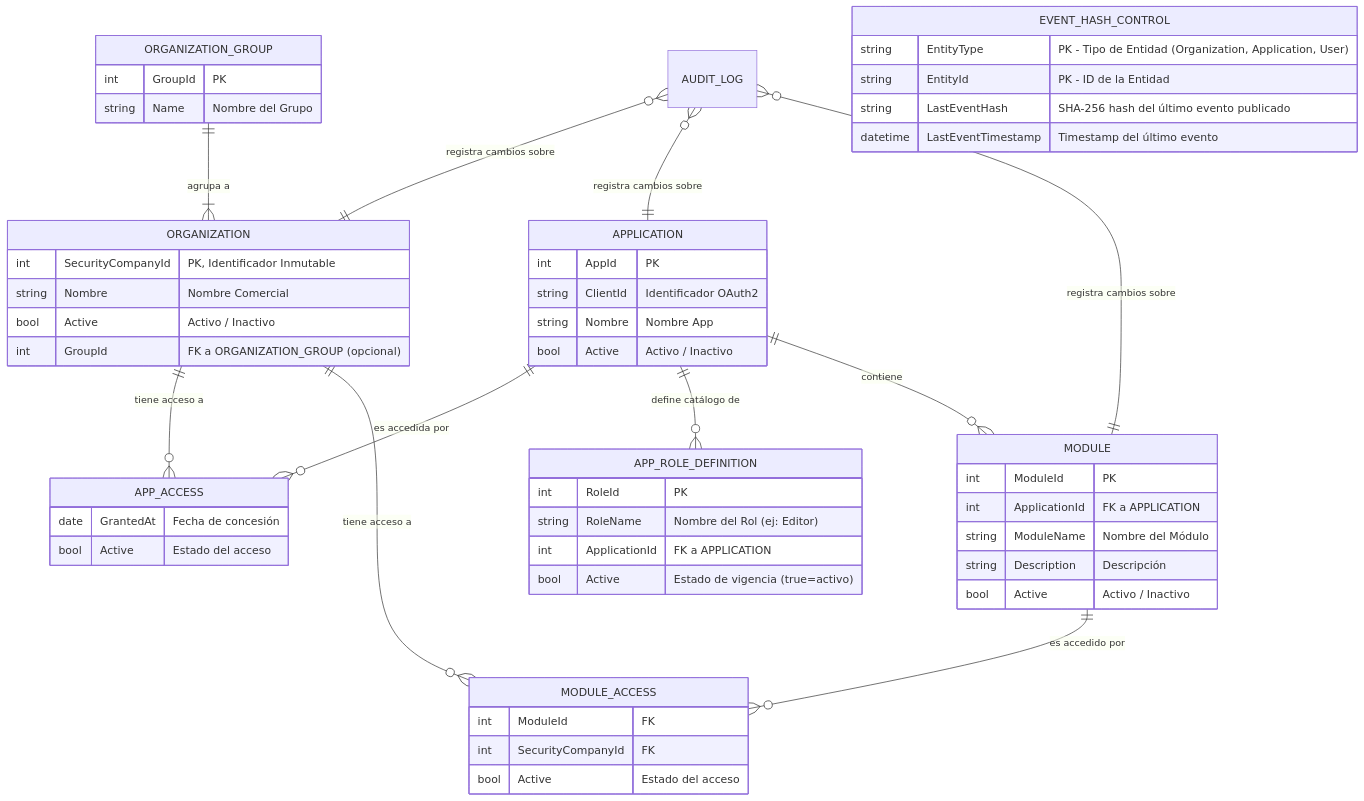
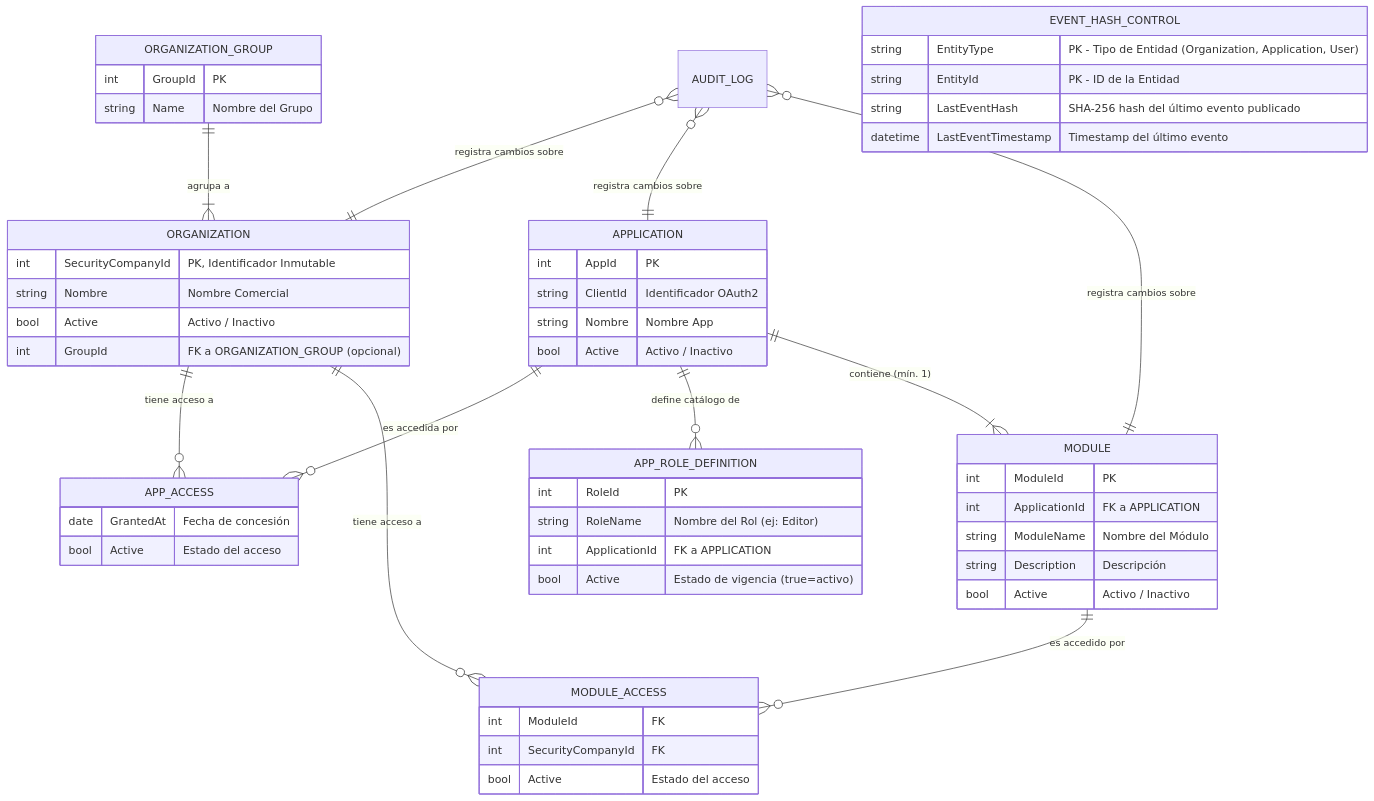
One commit to malbert-infoport/AI4Devs changed the sixth of 7 diagrams in 01-Descripción general del Producto.md. Above: the diagram before and after it, drawn with Mermaid. The commit also changed other lines of this file, not shown here.

````diff
--- a/01-Descripción general del Producto.md
+++ b/01-Descripción general del Producto.md
@@ -560,66 +562,66 @@
 ```mermaid
 erDiagram
     ORGANIZATION_GROUP ||--|{ ORGANIZATION : "agrupa a"
     ORGANIZATION ||--o{ APP_ACCESS : "tiene acceso a"
     ORGANIZATION ||--o{ MODULE_ACCESS : "tiene acceso a"
     
     ORGANIZATION_GROUP {
         int GroupId "PK"
         string Name "Nombre del Grupo"
     }
 
     ORGANIZATION {
         int SecurityCompanyId "PK, Identificador Inmutable"
         string Nombre "Nombre Comercial"
         bool Active "Activo / Inactivo"
         int GroupId "FK a ORGANIZATION_GROUP (opcional)"
     }
     
     APPLICATION ||--o{ APP_ACCESS : "es accedida por"
     APPLICATION ||--o{ APP_ROLE_DEFINITION : "define catálogo de"
-    APPLICATION ||--o{ MODULE : "contiene"
+    APPLICATION ||--|{ MODULE : "contiene (mín. 1)"
     APPLICATION {
         int AppId "PK"
         string ClientId "Identificador OAuth2"
         string Nombre "Nombre App"
         bool Active "Activo / Inactivo"
     }
     
     MODULE ||--o{ MODULE_ACCESS : "es accedido por"
     MODULE {
         int ModuleId "PK"
         int ApplicationId "FK a APPLICATION"
         string ModuleName "Nombre del Módulo"
         string Description "Descripción"
         bool Active "Activo / Inactivo"
     }
     
     MODULE_ACCESS {
         int ModuleId "FK"
         int SecurityCompanyId "FK"
         bool Active "Estado del acceso"
     }
     
     APP_ROLE_DEFINITION {
         int RoleId "PK"
         string RoleName "Nombre del Rol (ej: Editor)"
         int ApplicationId "FK a APPLICATION"
         bool Active "Estado de vigencia (true=activo)"
     }
     
     APP_ACCESS {
         date GrantedAt "Fecha de concesión"
         bool Active "Estado del acceso"
     }
     
     AUDIT_LOG }o--|| ORGANIZATION : "registra cambios sobre"
     AUDIT_LOG }o--|| APPLICATION : "registra cambios sobre"
     AUDIT_LOG }o--|| MODULE : "registra cambios sobre"
     
     EVENT_HASH_CONTROL {
         string EntityType "PK - Tipo de Entidad (Organization, Application, User)"
         string EntityId "PK - ID de la Entidad"
         string LastEventHash "SHA-256 hash del último evento publicado"
         datetime LastEventTimestamp "Timestamp del último evento"
     }
 ```
````
